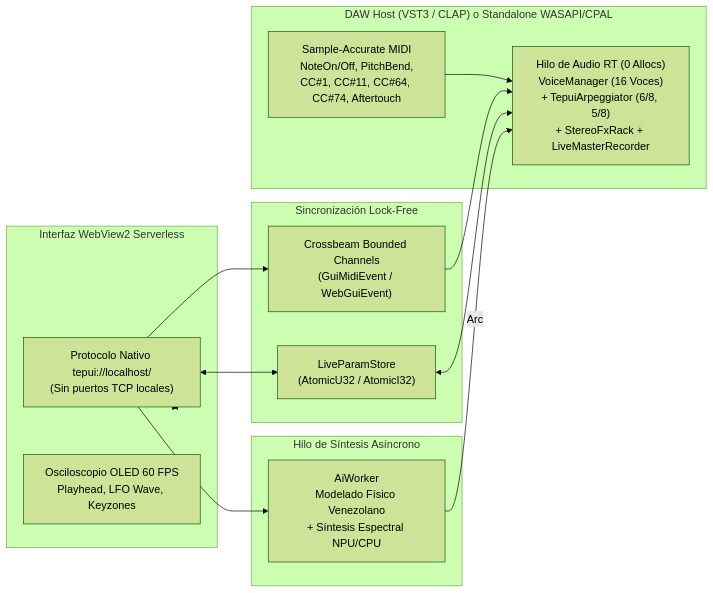
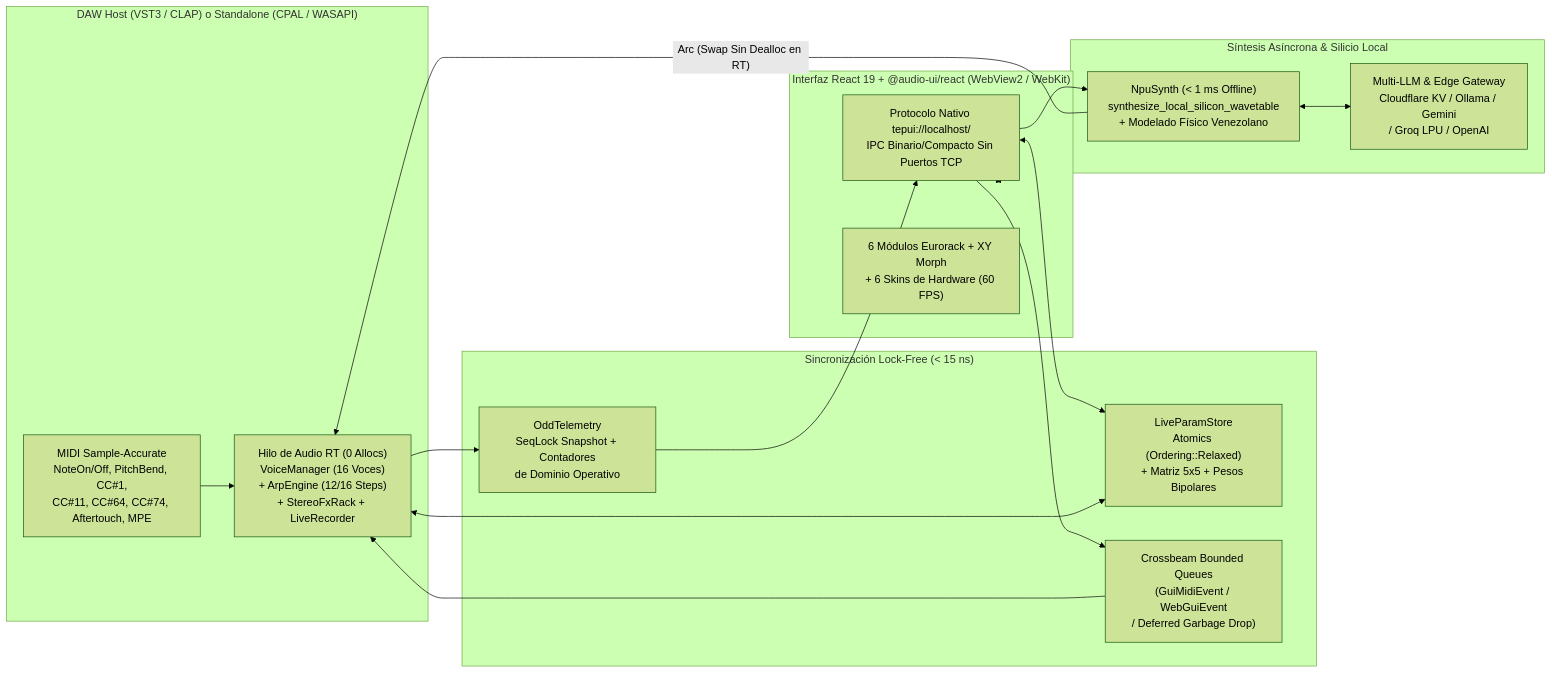
Before and after one commit to davidcastilloc/tepui-vst: the first of 2 diagrams in README.md, drawn with Mermaid (forest theme). The commit also changed other lines of this file and 1 other file, not shown here.

Commit message:
docs: actualizar README.md y ARCHITECTURE.md como stack plantilla open-source para VST3/CLAP/Standalone

````diff
--- a/README.md
+++ b/README.md
@@ -43,30 +95,35 @@
 ```mermaid
 flowchart LR
-    subgraph Host["DAW Host (VST3 / CLAP) o Standalone WASAPI/CPAL"]
-        MIDI["Sample-Accurate MIDI\nNoteOn/Off, PitchBend,\nCC#1, CC#11, CC#64, CC#74, Aftertouch"]
-        AudioThread["Hilo de Audio RT (0 Allocs)\nVoiceManager (16 Voces)\n+ TepuiArpeggiator (6/8, 5/8)\n+ StereoFxRack + LiveMasterRecorder"]
+    subgraph Host["DAW Host (VST3 / CLAP) o Standalone (CPAL / WASAPI)"]
+        MIDI["MIDI Sample-Accurate\nNoteOn/Off, PitchBend, CC#1,\nCC#11, CC#64, CC#74, Aftertouch, MPE"]
+        AudioThread["Hilo de Audio RT (0 Allocs)\nVoiceManager (16 Voces)\n+ ArpEngine (12/16 Steps)\n+ StereoFxRack + LiveRecorder"]
     end
 
-    subgraph SharedState["Sincronización Lock-Free"]
-        Atomics["LiveParamStore\n(AtomicU32 / AtomicI32)"]
-        RingBufs["Crossbeam Bounded Channels\n(GuiMidiEvent / WebGuiEvent)"]
+    subgraph LockFree["Sincronización Lock-Free (< 15 ns)"]
+        LiveStore["LiveParamStore\nAtomics (Ordering::Relaxed)\n+ Matriz 5x5 + Pesos Bipolares"]
+        SeqLock["OddTelemetry\nSeqLock Snapshot + Contadores\nde Dominio Operativo"]
+        Channels["Crossbeam Bounded Queues\n(GuiMidiEvent / WebGuiEvent\n/ Deferred Garbage Drop)"]
     end
 
-    subgraph UI["Interfaz WebView2 Serverless"]
-        Protocol["Protocolo Nativo tepui://localhost/\n(Sin puertos TCP locales)"]
-        OLED["Osciloscopio OLED 60 FPS\nPlayhead, LFO Wave, Keyzones"]
+    subgraph UI["Interfaz React 19 + @audio-ui/react (WebView2 / WebKit)"]
+        Protocol["Protocolo Nativo tepui://localhost/\nIPC Binario/Compacto Sin Puertos TCP"]
+        Rack["6 Módulos Eurorack + XY Morph\n+ 6 Skins de Hardware (60 FPS)"]
     end
 
-    subgraph Worker["Hilo de Síntesis Asíncrono"]
-        AiBridge["AiWorker\nModelado Físico Venezolano\n+ Síntesis Espectral NPU/CPU"]
+    subgraph AI["Síntesis Asíncrona & Silicio Local"]
+        NpuSynth["NpuSynth (< 1 ms Offline)\nsynthesize_local_silicon_wavetable\n+ Modelado Físico Venezolano"]
+        CloudHub["Multi-LLM & Edge Gateway\nCloudflare KV / Ollama / Gemini\n/ Groq LPU / OpenAI"]
     end
 
     MIDI --> AudioThread
-    RingBufs --> AudioThread
-    Atomics <--> AudioThread
+    Channels --> AudioThread
+    LiveStore <--> AudioThread
+    AudioThread --> SeqLock
     UI <--> Protocol
-    Protocol <--> Atomics
-    Protocol --> RingBufs
-    Protocol --> AiBridge
-    AiBridge -- "Arc<SampleBuffer>" --> AudioThread
+    Protocol <--> LiveStore
+    SeqLock --> Protocol
+    Protocol --> Channels
+    Protocol --> NpuSynth
+    NpuSynth <--> CloudHub
+    NpuSynth -- "Arc<SampleBuffer> (Swap Sin Dealloc en RT)" --> AudioThread
 ```
````
